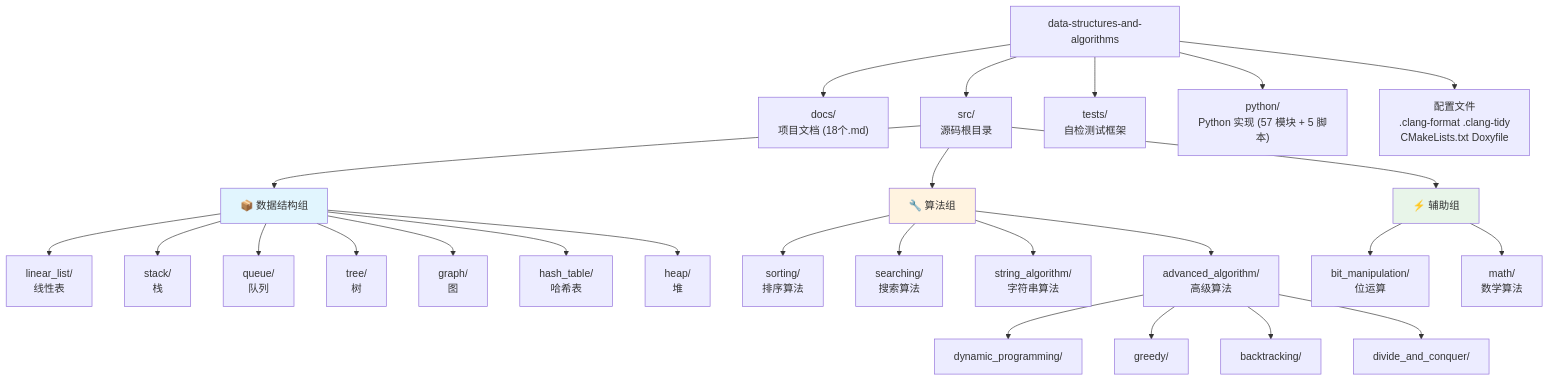
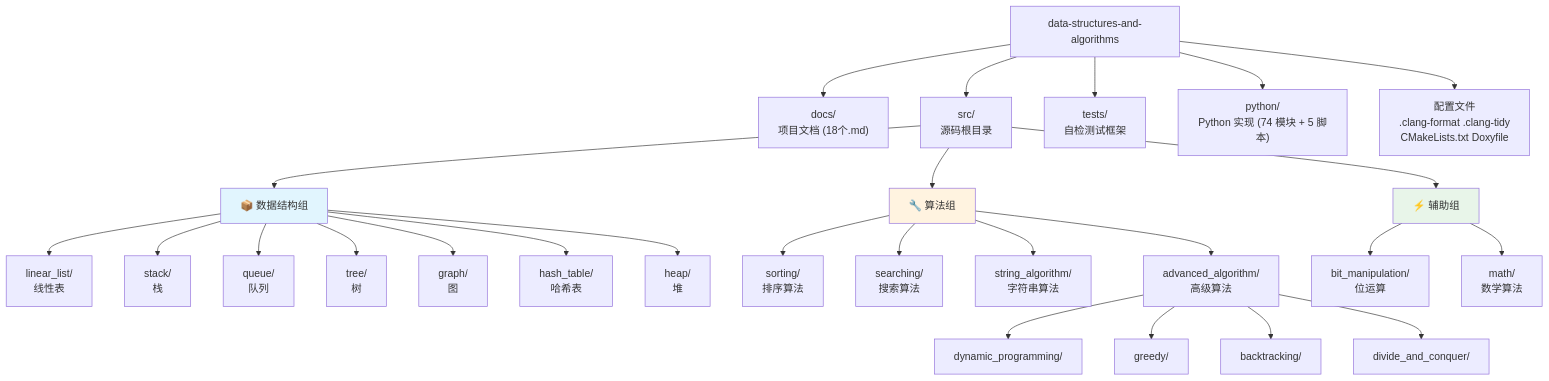
Before and after one commit to Wunseol/data-structures-and-algorithms: the first of 3 diagrams in docs/engineering/01-项目总览.md, drawn with Mermaid. The commit also changed other lines of this file and 15 other files, not shown here.

````diff
--- a/docs/engineering/01-项目总览.md
+++ b/docs/engineering/01-项目总览.md
@@ -92,37 +94,37 @@
 ```mermaid
 graph TB
     Root["data-structures-and-algorithms"] --> Docs["docs/<br/>项目文档 (18个.md)"]
     Root --> Src["src/<br/>源码根目录"]
     Root --> Tests["tests/<br/>自检测试框架"]
-    Root --> Python["python/<br/>Python 实现 (57 模块 + 5 脚本)"]
+    Root --> Python["python/<br/>Python 实现 (74 模块 + 5 脚本)"]
     Root --> Config["配置文件<br/>.clang-format .clang-tidy<br/>CMakeLists.txt Doxyfile"]
 
     Src --> DSGroup["📦 数据结构组"]
     Src --> AlgoGroup["🔧 算法组"]
     Src --> AuxGroup["⚡ 辅助组"]
 
     DSGroup --> LL["linear_list/<br/>线性表"]
     DSGroup --> Stack["stack/<br/>栈"]
     DSGroup --> Queue["queue/<br/>队列"]
     DSGroup --> Tree["tree/<br/>树"]
     DSGroup --> Graph["graph/<br/>图"]
     DSGroup --> HT["hash_table/<br/>哈希表"]
     DSGroup --> Heap["heap/<br/>堆"]
 
     AlgoGroup --> Sorting["sorting/<br/>排序算法"]
     AlgoGroup --> Searching["searching/<br/>搜索算法"]
     AlgoGroup --> StrAlgo["string_algorithm/<br/>字符串算法"]
     AlgoGroup --> AdvAlgo["advanced_algorithm/<br/>高级算法"]
 
     AuxGroup --> BitOp["bit_manipulation/<br/>位运算"]
     AuxGroup --> Math["math/<br/>数学算法"]
 
     AdvAlgo --> DP["dynamic_programming/"]
     AdvAlgo --> Greedy["greedy/"]
     AdvAlgo --> BT["backtracking/"]
     AdvAlgo --> DC["divide_and_conquer/"]
 
     style DSGroup fill:#e1f5fe
     style AlgoGroup fill:#fff3e0
     style AuxGroup fill:#e8f5e9
 ```
````
